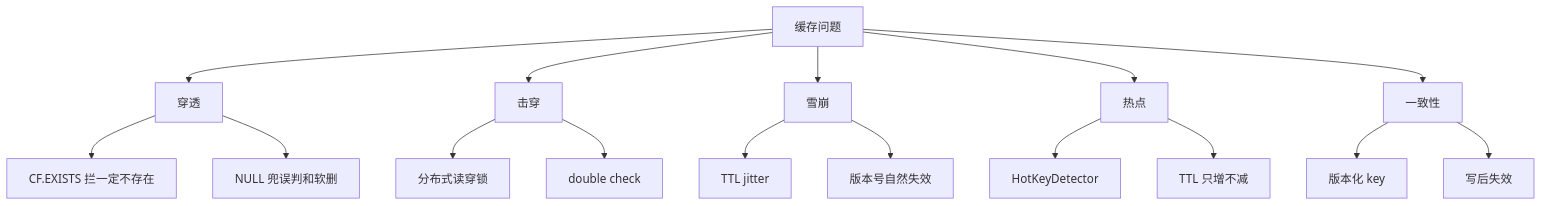
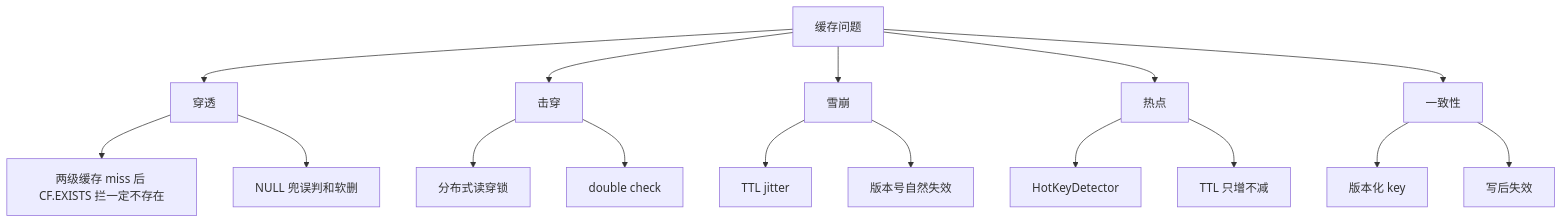
Before and after one commit to bitladykiller/zhiguang_go: the seventh of 13 diagrams in docs/modules/09-热点缓存与多级缓存策略.md, drawn with Mermaid. The commit also changed other lines of this file and 19 other files, not shown here.

````diff
--- a/docs/modules/09-热点缓存与多级缓存策略.md
+++ b/docs/modules/09-热点缓存与多级缓存策略.md
@@ -347,19 +346,19 @@
 ```mermaid
 flowchart TD
     A[缓存问题] --> B[穿透]
     A --> C[击穿]
     A --> D[雪崩]
     A --> E[热点]
     A --> F[一致性]
 
-    B --> B1[CF.EXISTS 拦一定不存在]
+    B --> B1[两级缓存 miss 后 CF.EXISTS 拦一定不存在]
     B --> B2[NULL 兜误判和软删]
     C --> C1[分布式读穿锁]
     C --> C2[double check]
     D --> D1[TTL jitter]
     D --> D2[版本号自然失效]
     E --> E1[HotKeyDetector]
     E --> E2[TTL 只增不减]
     F --> F1[版本化 key]
     F --> F2[写后失效]
 ```
````
